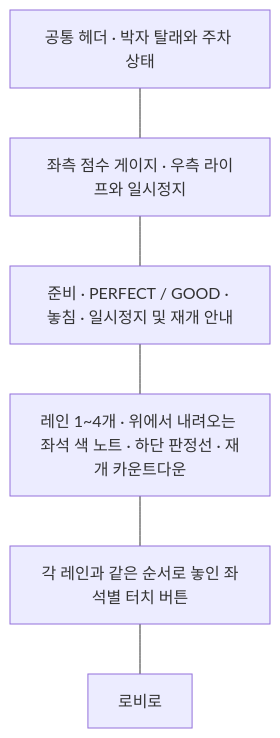
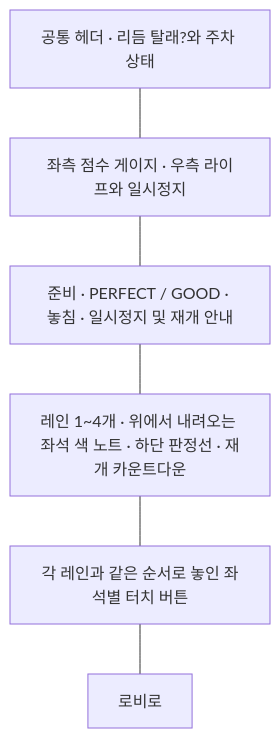
The second of 3 diagrams in docs/project-status.md (Cocoa7-55a/Beat-rider), drawn with Mermaid before and after one commit. The commit also changed other lines of this file and 4 other files, not shown here.

````diff
--- a/docs/project-status.md
+++ b/docs/project-status.md
@@ -68,10 +68,10 @@
 ```mermaid
 flowchart TB
-    Header["공통 헤더 · 박자 탈래와 주차 상태"]
+    Header["공통 헤더 · 리듬 탈래?와 주차 상태"]
     HUD["좌측 점수 게이지 · 우측 라이프와 일시정지"]
     Feedback["준비 · PERFECT / GOOD · 놓침 · 일시정지 및 재개 안내"]
     Canvas["레인 1~4개 · 위에서 내려오는 좌석 색 노트 · 하단 판정선 · 재개 카운트다운"]
     Touch["각 레인과 같은 순서로 놓인 좌석별 터치 버튼"]
     Controls["로비로"]
     Header --- HUD --- Feedback --- Canvas --- Touch --- Controls
 ```
````
